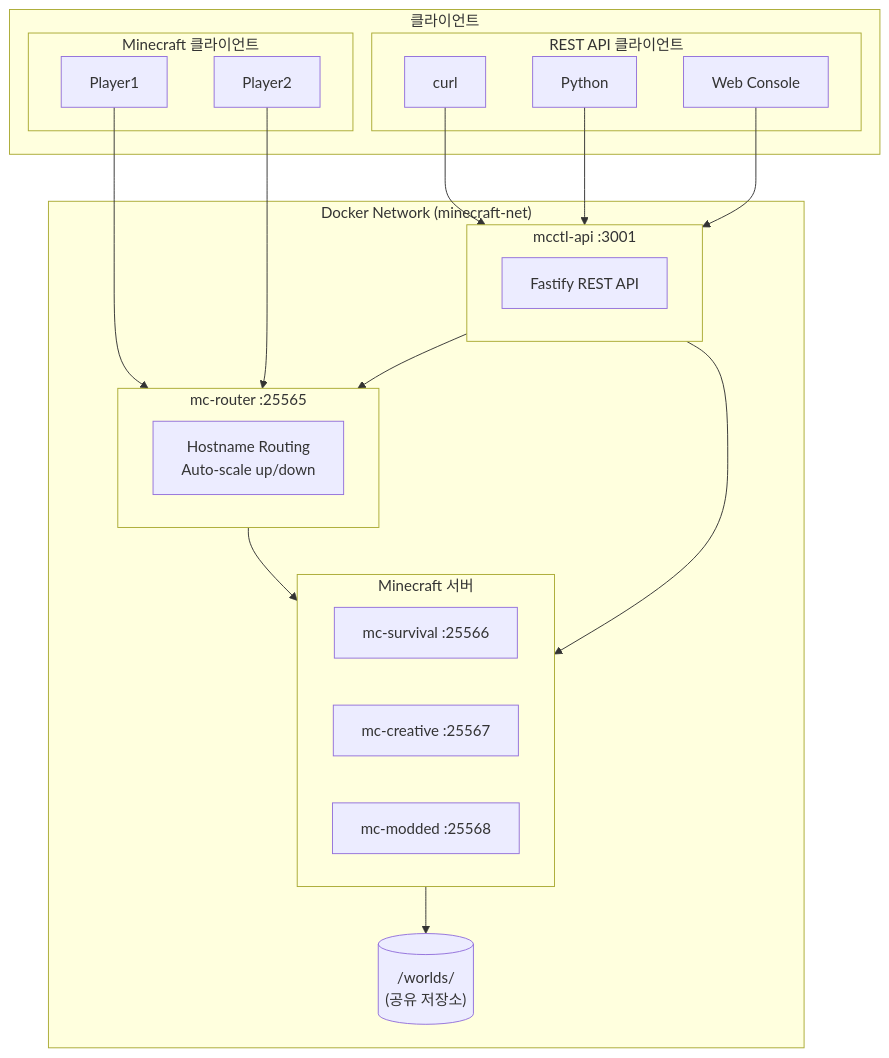
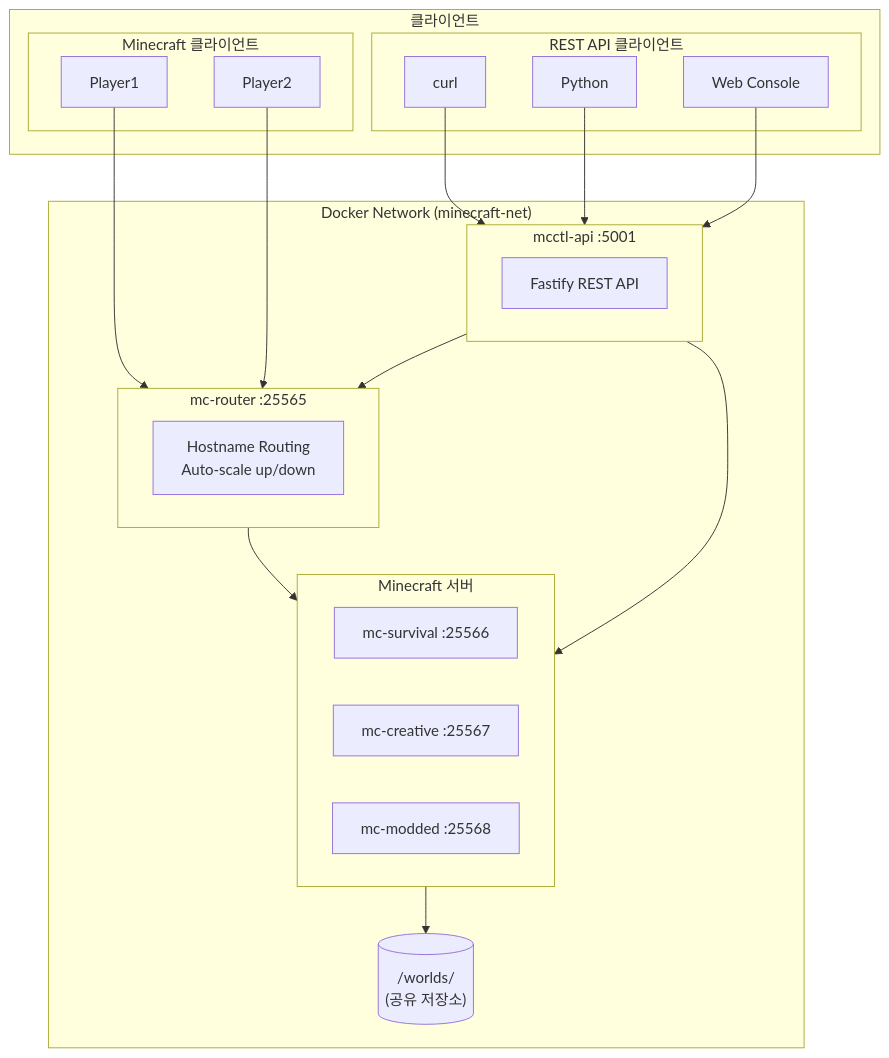
The first of 6 diagrams in docs/api/index.ko.md (smallmiro/minecraft-server-manager), drawn with Mermaid before and after one commit. The commit also changed other lines of this file and 50 other files, not shown here.

````diff
--- a/docs/api/index.ko.md
+++ b/docs/api/index.ko.md
@@ -7,41 +7,41 @@
 ```mermaid
 flowchart TB
     subgraph Clients["클라이언트"]
         subgraph MC["Minecraft 클라이언트"]
             P1[Player1]
             P2[Player2]
         end
         subgraph API["REST API 클라이언트"]
             CURL[curl]
             PY[Python]
             WEB[Web Console]
         end
     end
 
     subgraph Docker["Docker Network (minecraft-net)"]
         subgraph Router["mc-router :25565"]
             R[Hostname Routing<br/>Auto-scale up/down]
         end
 
-        subgraph MCAPI["mcctl-api :3001"]
+        subgraph MCAPI["mcctl-api :5001"]
             F[Fastify REST API]
         end
 
         subgraph Servers["Minecraft 서버"]
             S1[mc-survival :25566]
             S2[mc-creative :25567]
             S3[mc-modded :25568]
         end
 
         WORLDS[("/worlds/<br/>(공유 저장소)")]
     end
 
     P1 & P2 --> Router
     CURL & PY & WEB --> MCAPI
 
     MCAPI --> Router
     Router --> Servers
     MCAPI --> Servers
 
     Servers --> WORLDS
 ```
````
